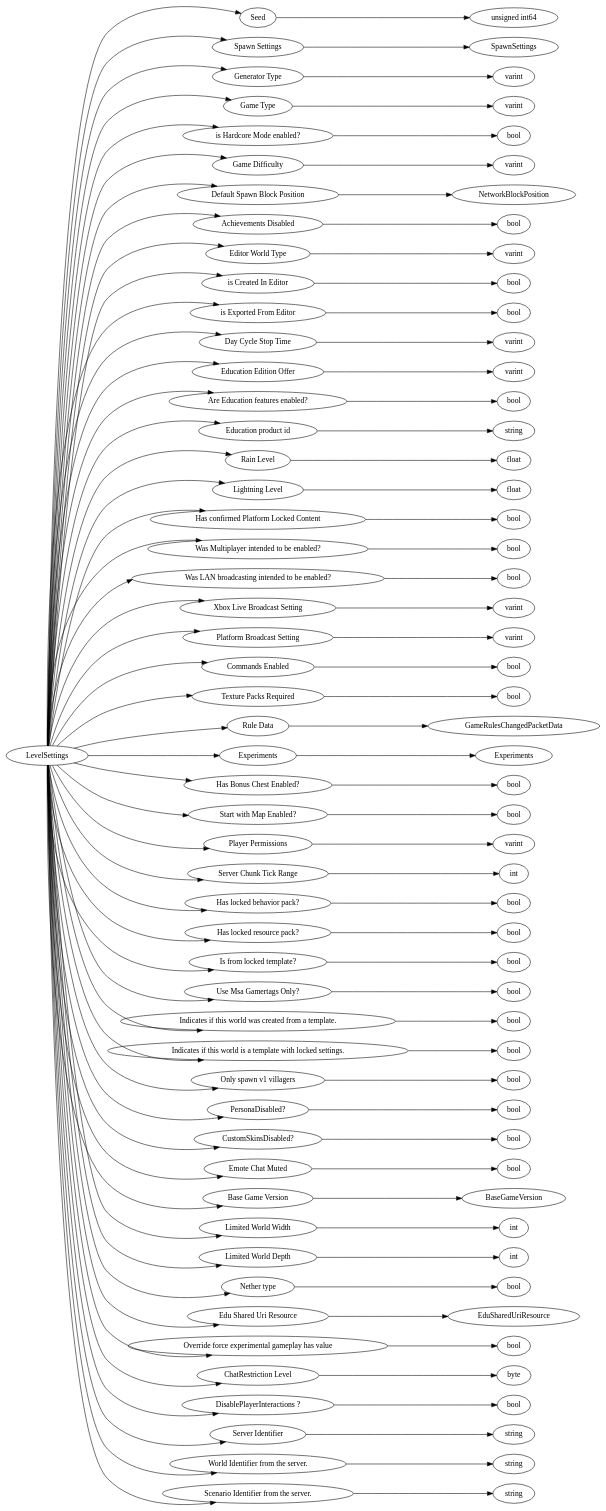
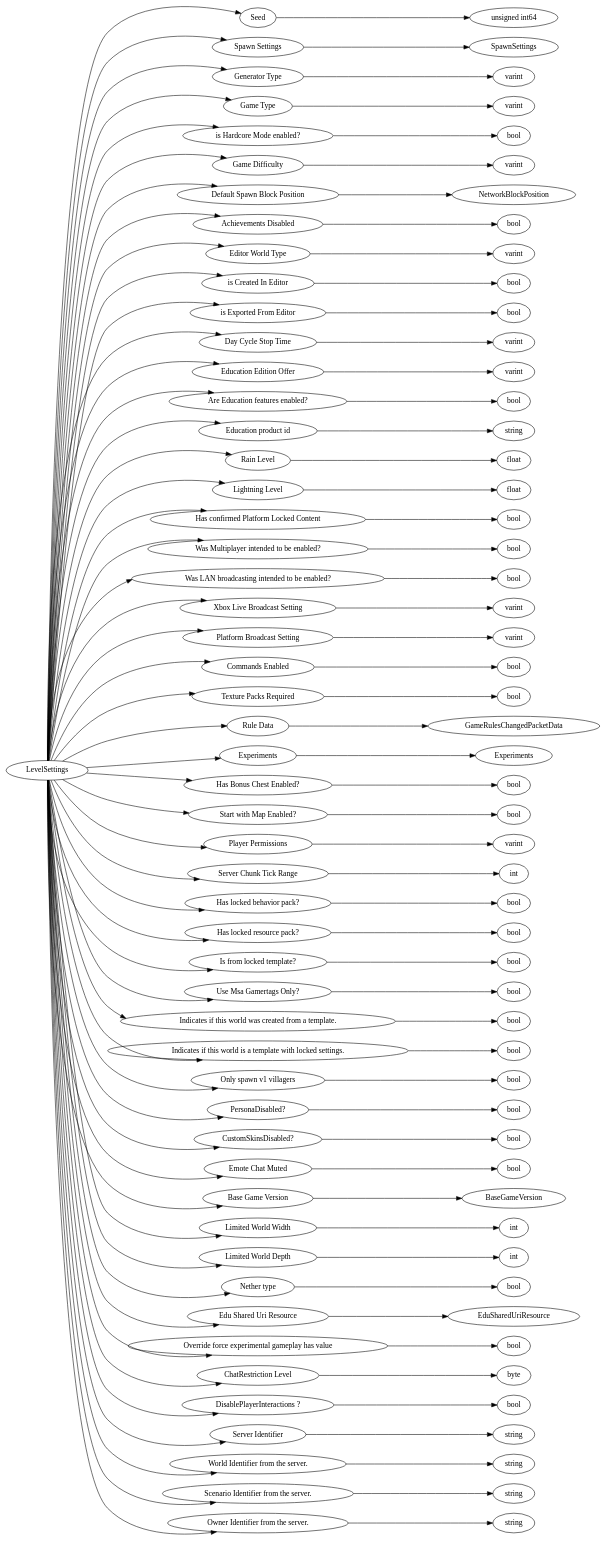
One commit to Mojang/bedrock-protocol-docs changed the diagram in dot/LevelSettings.dot. Above: the diagram before and after it, drawn with Graphviz. The commit also changed 147 other files, not shown here.

```diff
--- a/dot/LevelSettings.dot
+++ b/dot/LevelSettings.dot
@@ -103,6 +103,8 @@
 141 -> 142
 23 -> 143
 143 -> 144
+23 -> 145
+145 -> 146
 
 23 [label="LevelSettings",comment="name: \"LevelSettings\", typeName: \"\", id: 23, branchId: 0, recurseId: -1, attributes: 0, notes: \"\""];
 24 [label="Seed",comment="name: \"Seed\", typeName: \"\", id: 24, branchId: 0, recurseId: -1, attributes: 0, notes: \"\""];
@@ -207,6 +209,8 @@
 142 [label="string",comment="name: \"string\", typeName: \"\", id: 142, branchId: 0, recurseId: -1, attributes: 512, notes: \"\""];
 143 [label="Scenario Identifier from the server.",comment="name: \"Scenario Identifier from the server.\", typeName: \"\", id: 143, branchId: 0, recurseId: -1, attributes: 0, notes: \"\""];
 144 [label="string",comment="name: \"string\", typeName: \"\", id: 144, branchId: 0, recurseId: -1, attributes: 512, notes: \"\""];
-{ rank = max;25;34;36;38;40;42;51;53;55;57;59;61;63;65;67;69;71;73;75;77;79;81;83;85;87;89;91;93;95;97;99;101;103;105;107;109;111;113;115;117;119;121;123;125;132;134;136;138;140;142;144}
+145 [label="Owner Identifier from the server.",comment="name: \"Owner Identifier from the server.\", typeName: \"\", id: 145, branchId: 0, recurseId: -1, attributes: 0, notes: \"\""];
+146 [label="string",comment="name: \"string\", typeName: \"\", id: 146, branchId: 0, recurseId: -1, attributes: 512, notes: \"\""];
+{ rank = max;25;34;36;38;40;42;51;53;55;57;59;61;63;65;67;69;71;73;75;77;79;81;83;85;87;89;91;93;95;97;99;101;103;105;107;109;111;113;115;117;119;121;123;125;132;134;136;138;140;142;144;146}
 
 }
```
